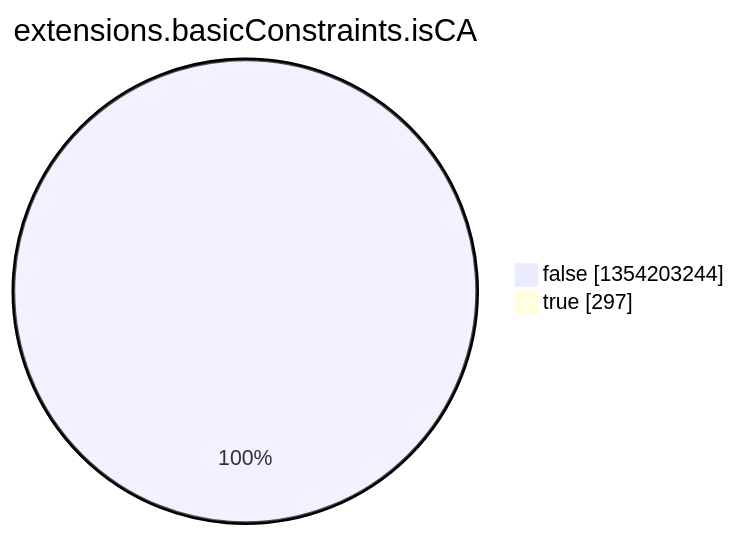
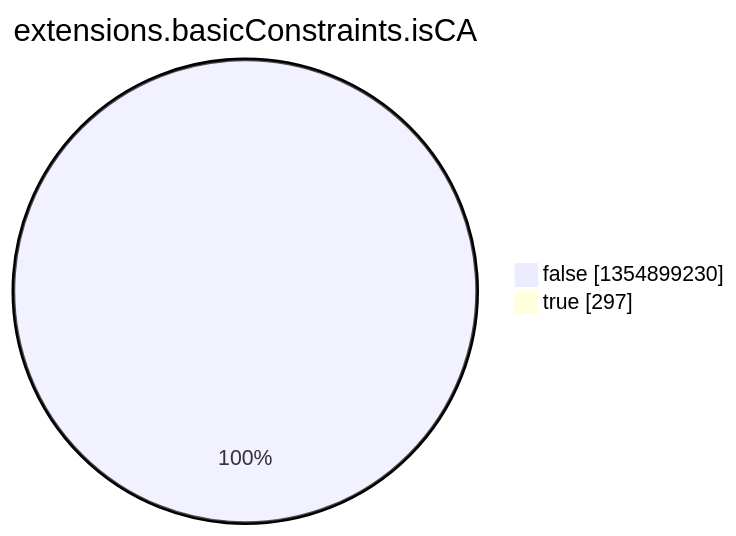
The eighth of 15 diagrams in argon2022/README.md (christiankrug/ctmonitor_visualization), drawn with Mermaid before and after one commit. The commit also changed other lines of this file, not shown here.

````diff
--- a/argon2022/README.md
+++ b/argon2022/README.md
@@ -2758,6 +2758,6 @@
 ```mermaid
 pie showData
 title extensions.basicConstraints.isCA
-"false" :1354203244
+"false" :1354899230
 "true" :297
 ```
````
